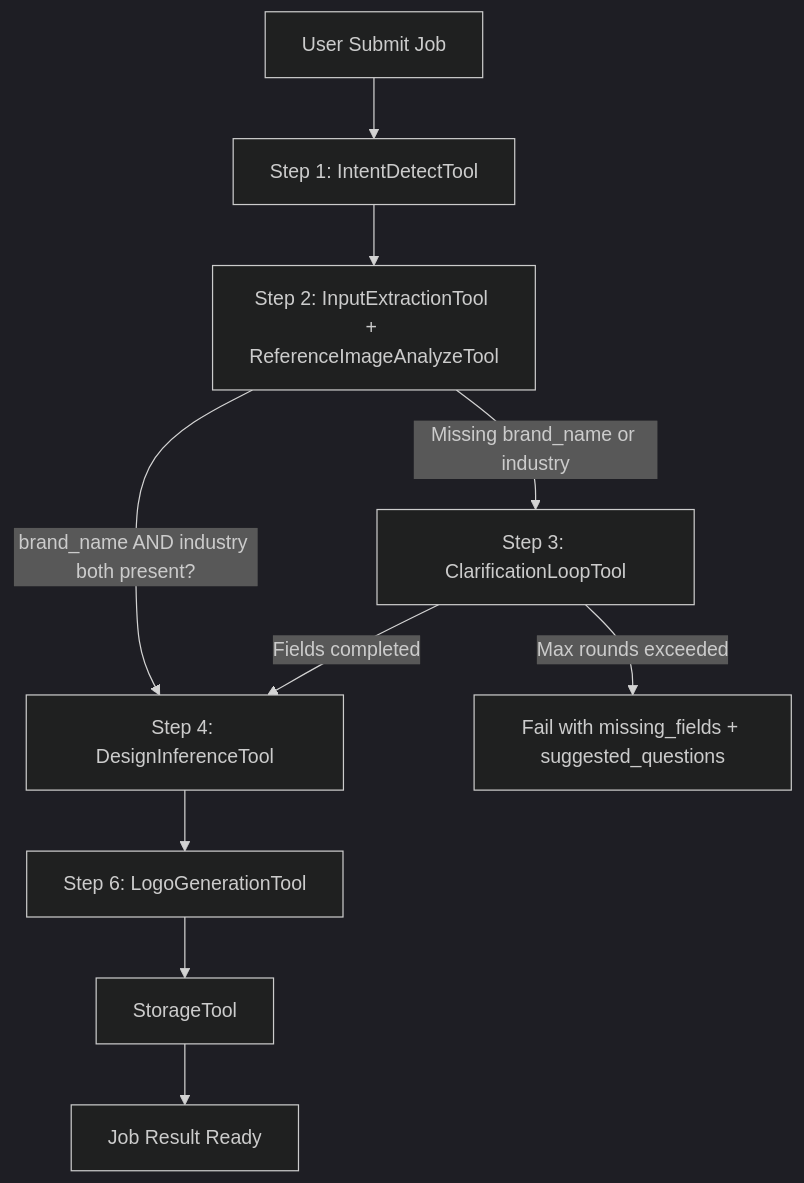
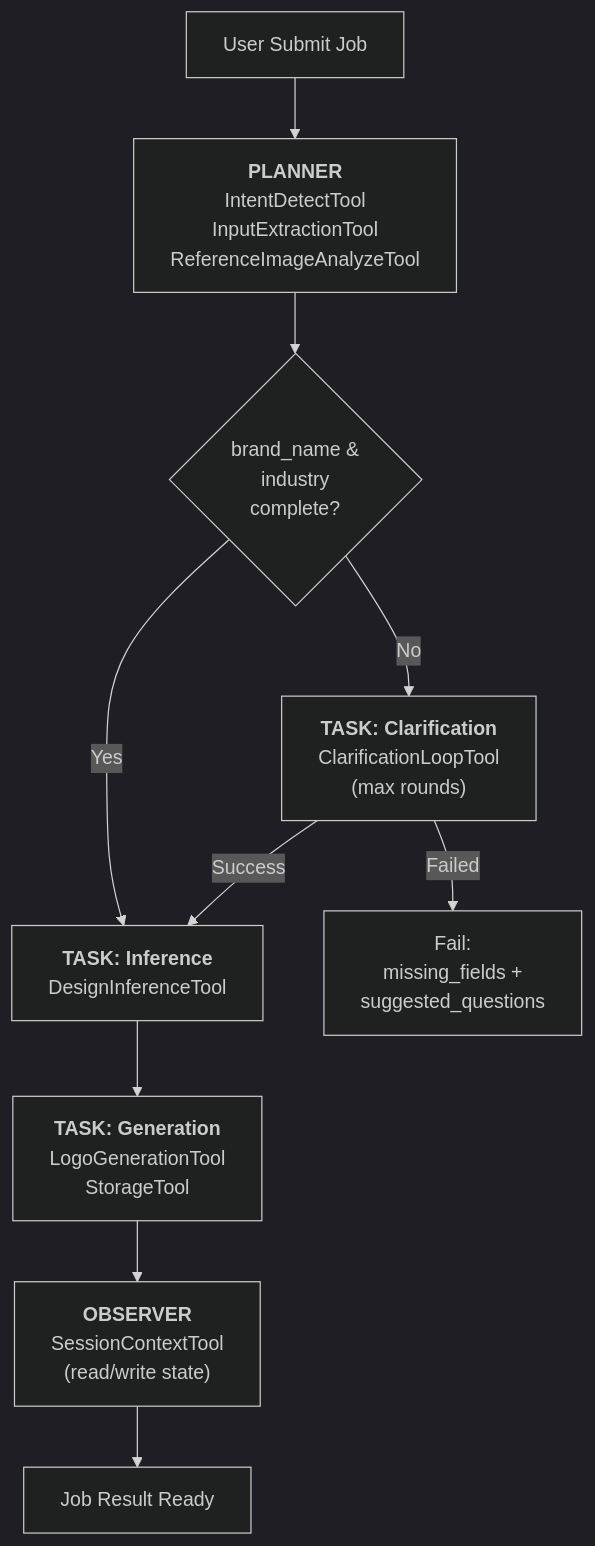
The first of 3 diagrams in tech.md (Ne4nf/Agent-Memory), drawn with Mermaid (dark theme) before and after one commit. The commit also changed other lines of this file, not shown here.

First line of the commit message:
Revise POC objectives and architecture details

````diff
--- a/tech.md
+++ b/tech.md
@@ -90,12 +66,16 @@
 ```mermaid
 flowchart TD
-  A[User Submit Job] --> B[Step 1: IntentDetectTool]
-  B --> C[Step 2: InputExtractionTool + ReferenceImageAnalyzeTool]
-  C -->|brand_name AND industry both present?| F[Step 4: DesignInferenceTool]
-  C -->|Missing brand_name or industry| E[Step 3: ClarificationLoopTool]
-  E -->|Fields completed| F
-  E -->|Max rounds exceeded| J[Fail with missing_fields + suggested_questions]
-  F --> G[Step 6: LogoGenerationTool]
-  G --> H[StorageTool]
-  H --> I[Job Result Ready]
+  A[User Submit Job] --> PLANNER["<b>PLANNER</b><br/>IntentDetectTool<br/>InputExtractionTool<br/>ReferenceImageAnalyzeTool"]
+  PLANNER --> GATE{brand_name &<br/>industry<br/>complete?}
+  
+  GATE -->|Yes| TASK_INF["<b>TASK: Inference</b><br/>DesignInferenceTool"]
+  GATE -->|No| TASK_CLAR["<b>TASK: Clarification</b><br/>ClarificationLoopTool<br/>(max rounds)"]
+  
+  TASK_CLAR -->|Success| TASK_INF
+  TASK_CLAR -->|Failed| FAIL["Fail:<br/>missing_fields +<br/>suggested_questions"]
+  
+  TASK_INF --> TASK_GEN["<b>TASK: Generation</b><br/>LogoGenerationTool<br/>StorageTool"]
+  
+  TASK_GEN --> OBSERVER["<b>OBSERVER</b><br/>SessionContextTool<br/>(read/write state)"]
+  OBSERVER --> RESULT[Job Result Ready]
 ```
````
